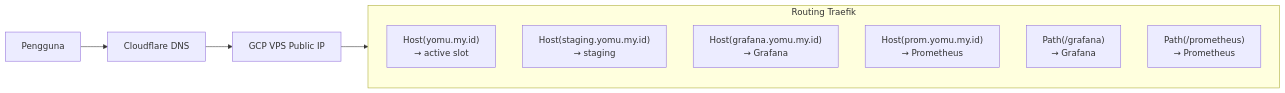
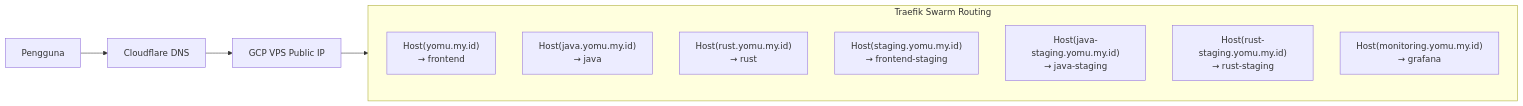
Before and after one commit to advprog-2026-A14-project/yomu-docs: the diagram in content/docs/deployment/domain.mdx, drawn with Mermaid. The commit also changed other lines of this file and 10 other files, not shown here.

````diff
--- a/content/docs/deployment/domain.mdx
+++ b/content/docs/deployment/domain.mdx
@@ -19,19 +22,20 @@
 ```mermaid
 flowchart LR
     User["Pengguna"]
     DNS["Cloudflare DNS"]
     GCP["GCP VPS Public IP"]
 
-    subgraph TraefikRouting["Routing Traefik"]
-        R1["Host(yomu.my.id)\n→ active slot"]
-        R2["Host(staging.yomu.my.id)\n→ staging"]
-        R3["Host(grafana.yomu.my.id)\n→ Grafana"]
-        R4["Host(prom.yomu.my.id)\n→ Prometheus"]
-        R5["Path(/grafana)\n→ Grafana"]
-        R6["Path(/prometheus)\n→ Prometheus"]
+    subgraph TraefikRouting["Traefik Swarm Routing"]
+        R1["Host(yomu.my.id)<br/>→ frontend"]
+        R2["Host(java.yomu.my.id)<br/>→ java"]
+        R3["Host(rust.yomu.my.id)<br/>→ rust"]
+        R4["Host(staging.yomu.my.id)<br/>→ frontend-staging"]
+        R5["Host(java-staging.yomu.my.id)<br/>→ java-staging"]
+        R6["Host(rust-staging.yomu.my.id)<br/>→ rust-staging"]
+        R7["Host(monitoring.yomu.my.id)<br/>→ grafana"]
     end
 
     User --> DNS
     DNS --> GCP
     GCP --> TraefikRouting
 ```
````
